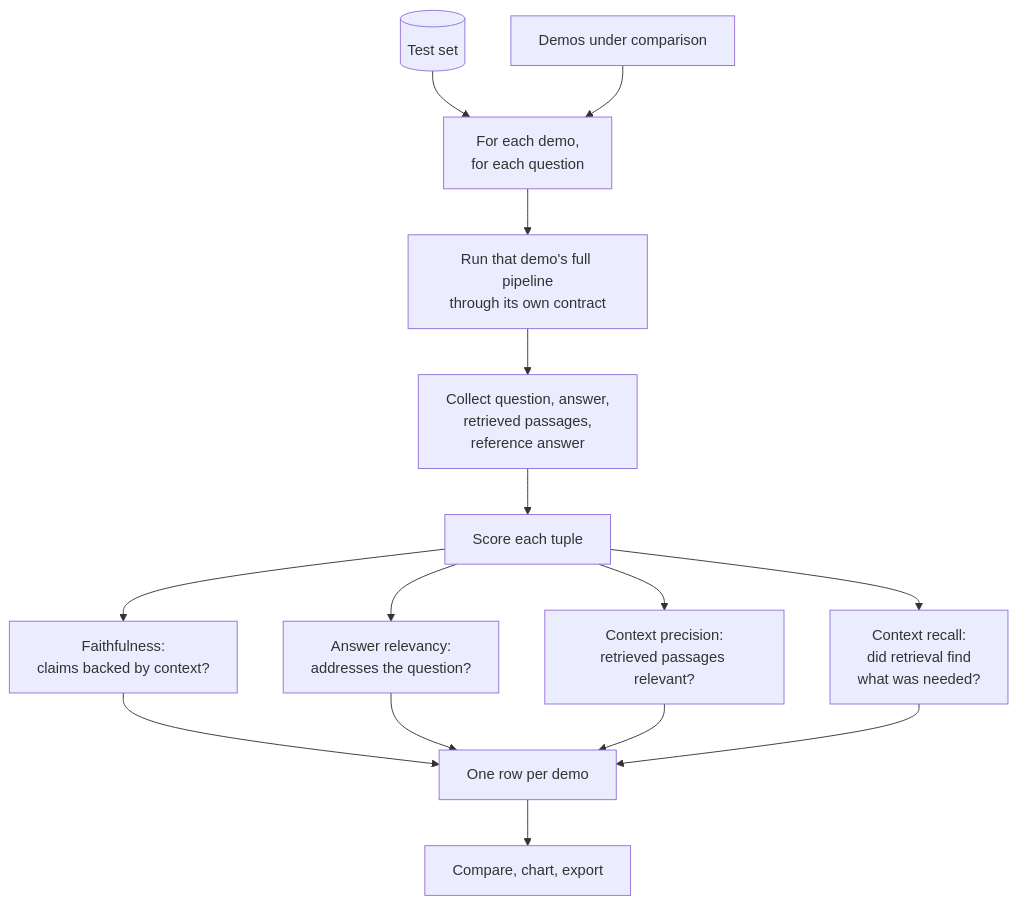
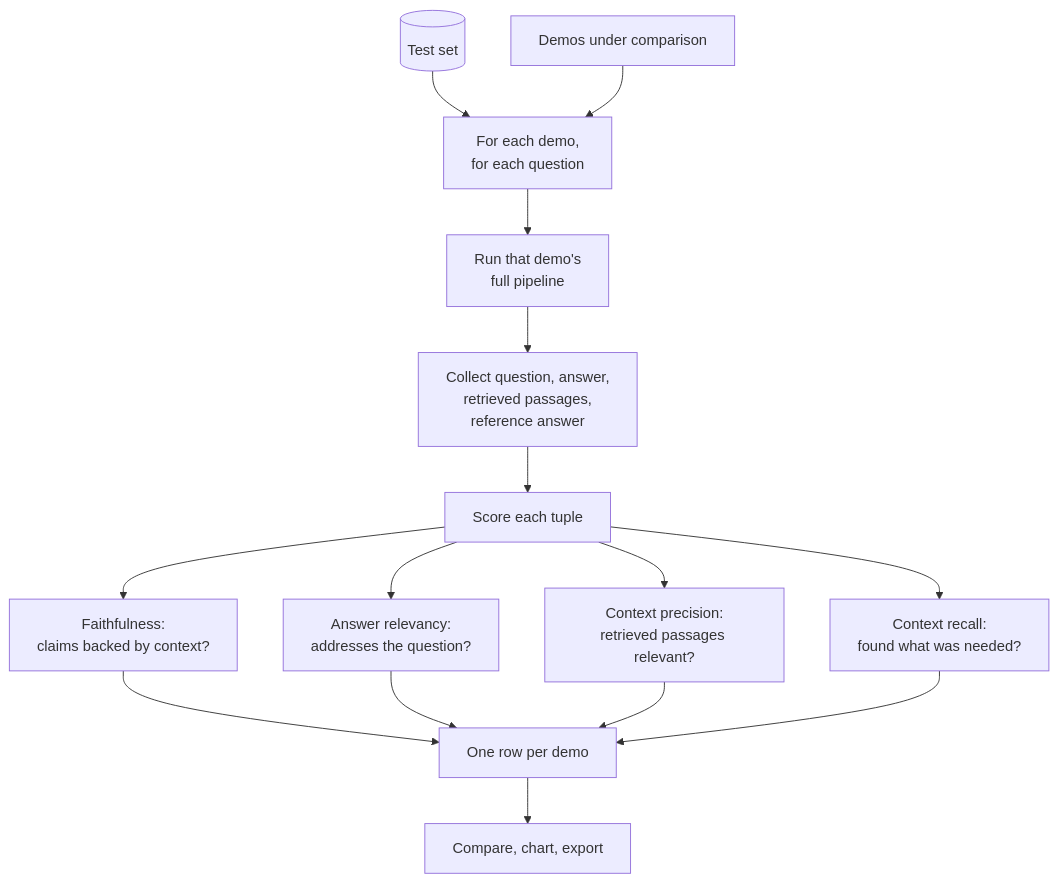
Before and after one commit to jjaaxx44/genai-personal-lab-rag: the second of 2 diagrams in app/demos/rag/evaluation/README.md, drawn with Mermaid. The commit also changed other lines of this file and 32 other files, not shown here.

````diff
--- a/app/demos/rag/evaluation/README.md
+++ b/app/demos/rag/evaluation/README.md
@@ -37,17 +25,17 @@
 ```mermaid
 flowchart TD
   T[("Test set")] --> R["For each demo,<br/>for each question"]
   D["Demos under comparison"] --> R
-  R --> P["Run that demo's full pipeline<br/>through its own contract"]
+  R --> P["Run that demo's<br/>full pipeline"]
   P --> C["Collect question, answer,<br/>retrieved passages,<br/>reference answer"]
   C --> M["Score each tuple"]
   M --> M1["Faithfulness:<br/>claims backed by context?"]
   M --> M2["Answer relevancy:<br/>addresses the question?"]
   M --> M3["Context precision:<br/>retrieved passages relevant?"]
-  M --> M4["Context recall:<br/>did retrieval find<br/>what was needed?"]
+  M --> M4["Context recall:<br/>found what was needed?"]
   M1 --> S["One row per demo"]
   M2 --> S
   M3 --> S
   M4 --> S
   S --> O["Compare, chart, export"]
 ```
````
